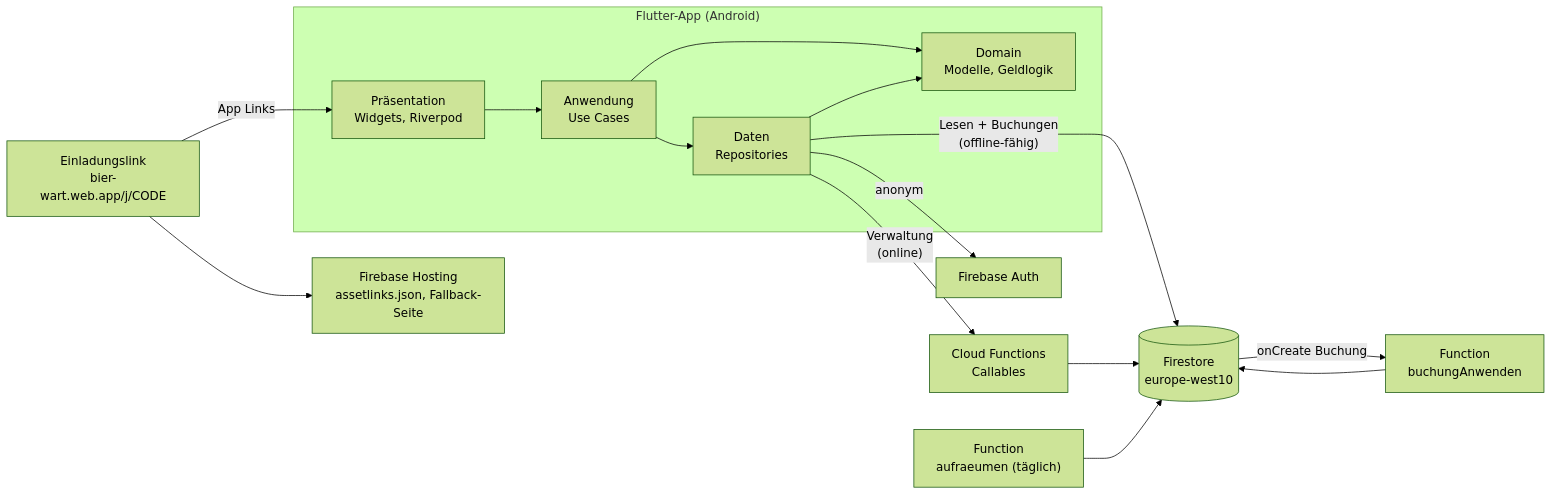
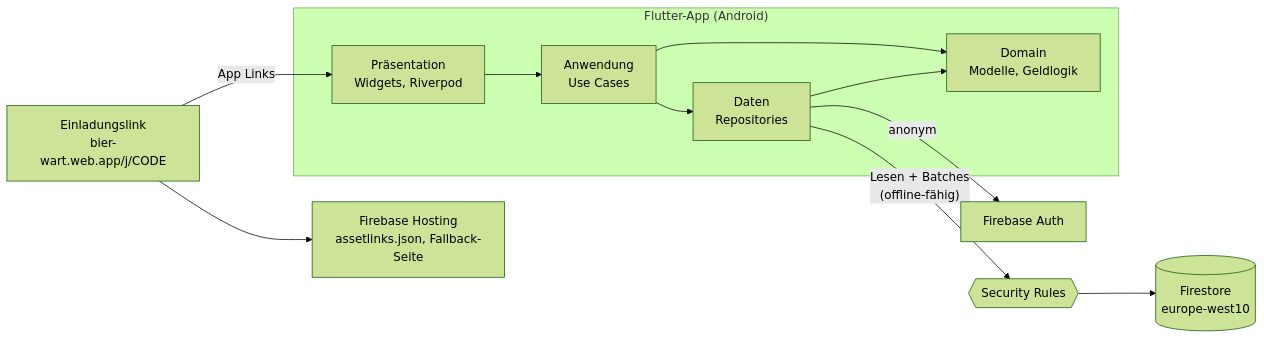
One commit to Markra711/bierwart changed the first of 2 diagrams in docs/architecture.md. Above: the diagram before and after it, drawn with Mermaid (forest theme). The commit also changed other lines of this file and 6 other files, not shown here.

First line of the commit message:
docs: ADR-0009 Release 1 ohne Cloud Functions, ersetzt ADR-0007

````diff
--- a/docs/architecture.md
+++ b/docs/architecture.md
@@ -8,18 +9,14 @@
 ```mermaid
 flowchart LR
   subgraph App["Flutter-App (Android)"]
     UI["Präsentation<br/>Widgets, Riverpod"] --> APP["Anwendung<br/>Use Cases"]
     APP --> DOM["Domain<br/>Modelle, Geldlogik"]
     APP --> DATA["Daten<br/>Repositories"]
     DATA --> DOM
   end
-  DATA -- "Lesen + Buchungen<br/>(offline-fähig)" --> FS[("Firestore<br/>europe-west10")]
-  DATA -- "Verwaltung<br/>(online)" --> CF["Cloud Functions<br/>Callables"]
-  CF --> FS
-  FS -- "onCreate Buchung" --> TRG["Function<br/>buchungAnwenden"]
-  TRG --> FS
-  SCH["Function<br/>aufraeumen (täglich)"] --> FS
+  DATA -- "Lesen + Batches<br/>(offline-fähig)" --> RULES{{"Security Rules"}}
+  RULES --> FS[("Firestore<br/>europe-west10")]
   DATA -- anonym --> AUTH["Firebase Auth"]
   LINK["Einladungslink<br/>bier-wart.web.app/j/CODE"] --> HOST["Firebase Hosting<br/>assetlinks.json, Fallback-Seite"]
   LINK -- "App Links" --> UI
 ```
````
